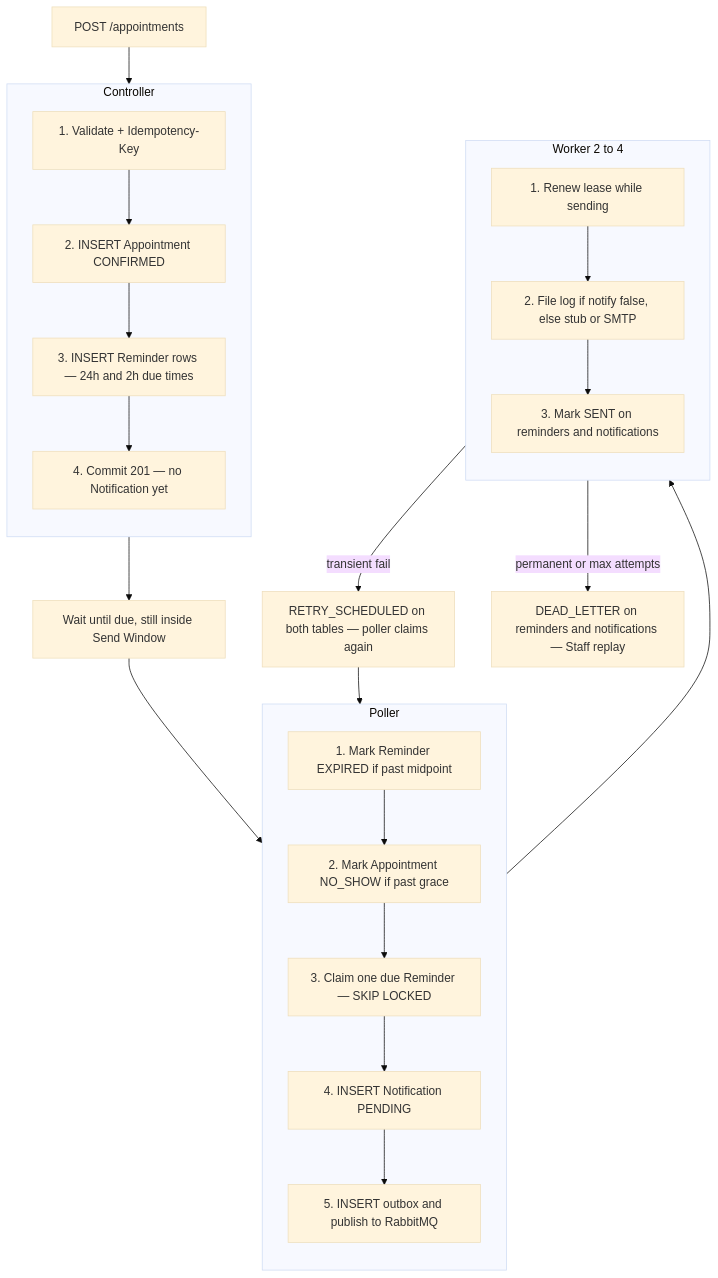
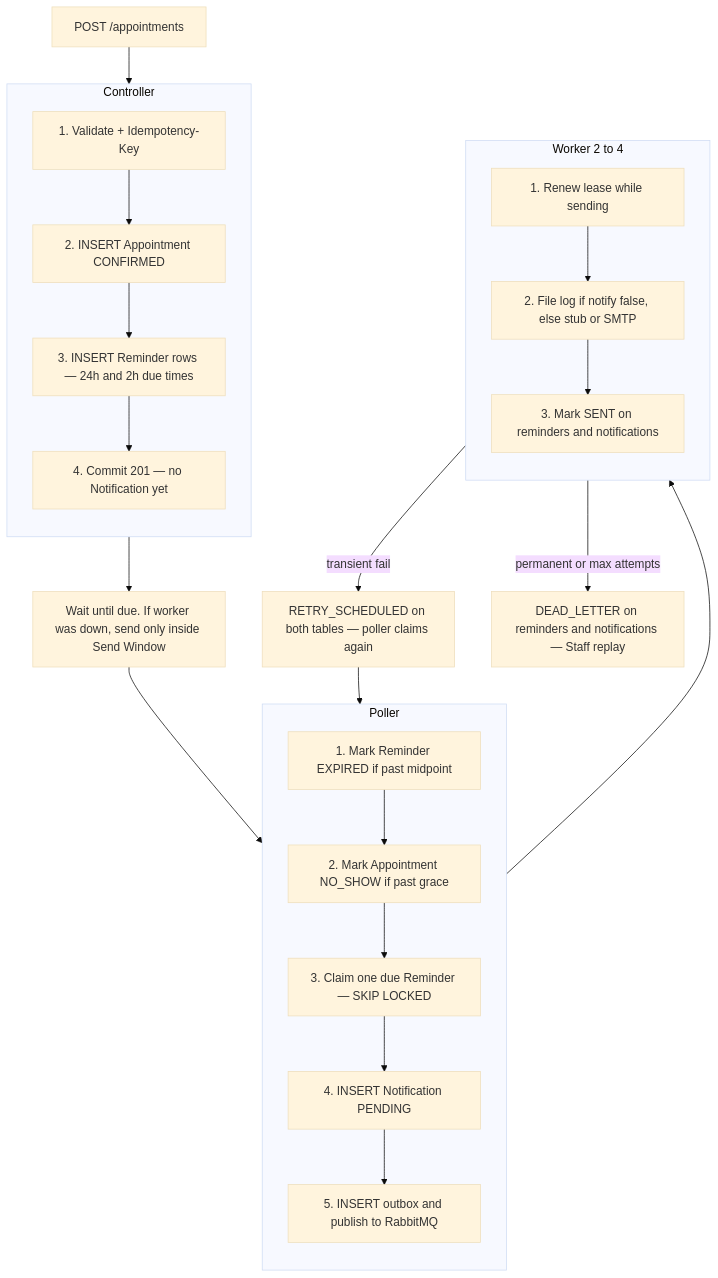
One commit to GreatNerve/Dealership-Backend changed the diagram in README.md. Above: the diagram before and after it, drawn with Mermaid (base theme). The commit also changed other lines of this file and 41 other files, not shown here.

````diff
--- a/README.md
+++ b/README.md
@@ -72,40 +73,40 @@
 ```mermaid
 flowchart TB
   Client["POST /appointments"]
 
   subgraph controller [Controller]
     direction TB
     A1["1. Validate + Idempotency-Key"]
     A2["2. INSERT Appointment CONFIRMED"]
     A3["3. INSERT Reminder rows — 24h and 2h due times"]
     A4["4. Commit 201 — no Notification yet"]
     A1 --> A2 --> A3 --> A4
   end
 
-  Wait["Wait until due, still inside Send Window"]
+  Wait["Wait until due. If worker was down, send only inside Send Window"]
 
   subgraph poller [Poller]
     direction TB
     P1["1. Mark Reminder EXPIRED if past midpoint"]
     P2["2. Mark Appointment NO_SHOW if past grace"]
     P3["3. Claim one due Reminder — SKIP LOCKED"]
     P4["4. INSERT Notification PENDING"]
     P5["5. INSERT outbox and publish to RabbitMQ"]
     P1 --> P2 --> P3 --> P4 --> P5
   end
 
   subgraph worker [Worker 2 to 4]
     direction TB
     W1["1. Renew lease while sending"]
     W2["2. File log if notify false, else stub or SMTP"]
     W3["3. Mark SENT on reminders and notifications"]
     W1 --> W2 --> W3
   end
 
   Retry["RETRY_SCHEDULED on both tables — poller claims again"]
   Dead["DEAD_LETTER on reminders and notifications — Staff replay"]
 
   Client --> controller --> Wait --> poller --> worker
   worker -->|transient fail| Retry --> poller
   worker -->|permanent or max attempts| Dead
 ```
````
